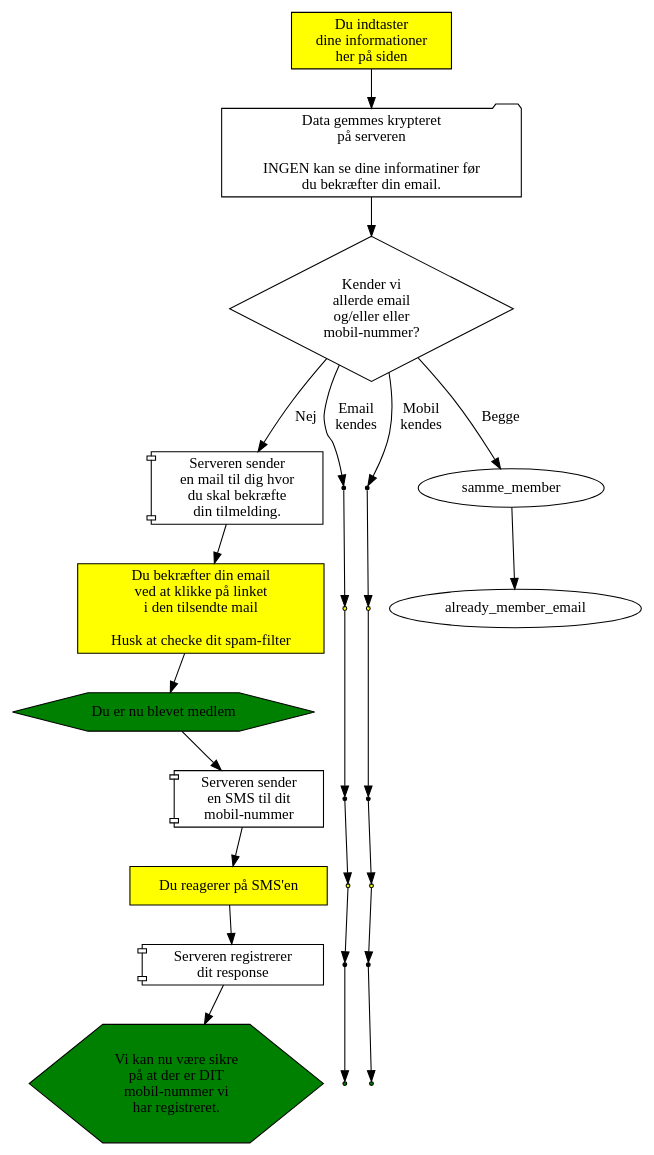
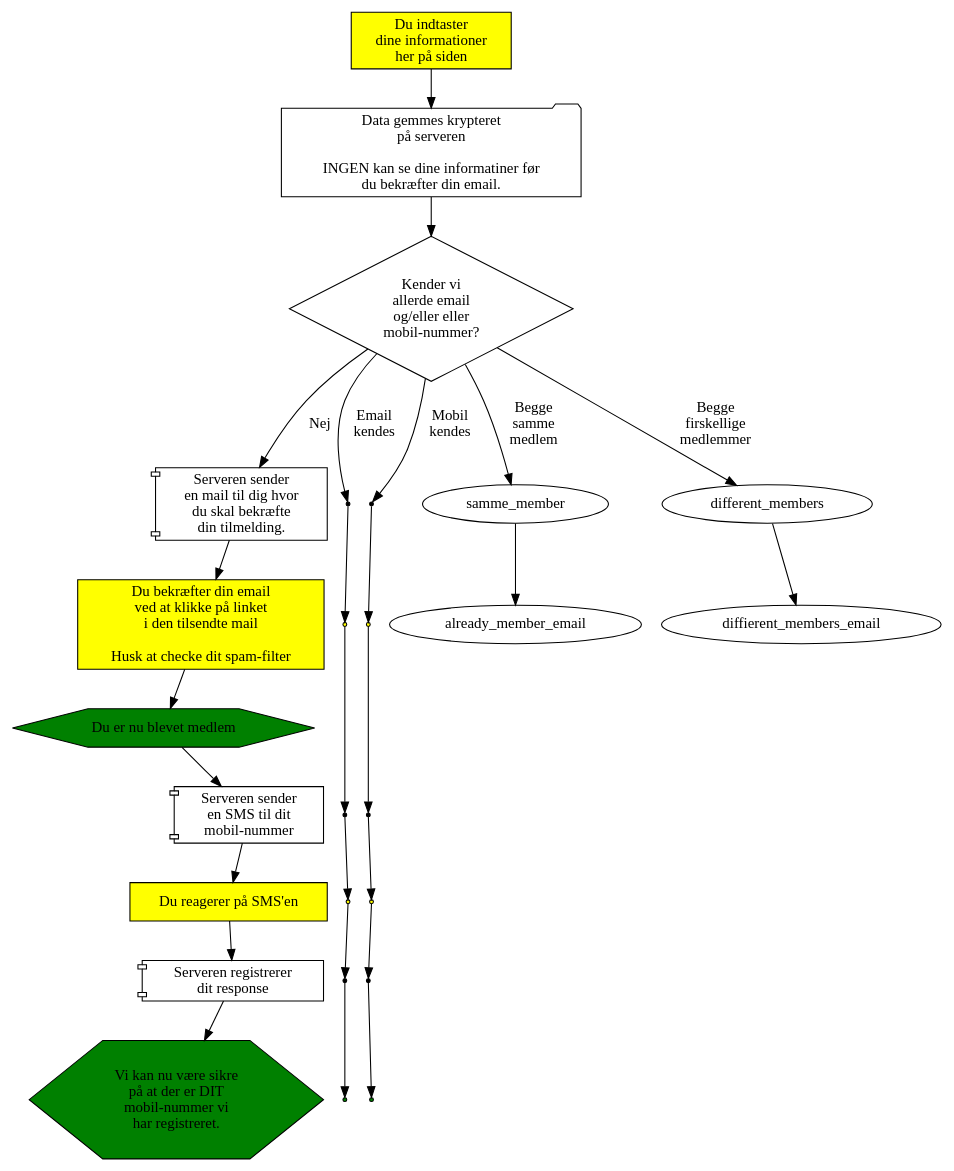
One commit to alslug/alslug.dk changed the diagram in medlemskab/indmeldelse.dot. Above: the diagram before and after it, drawn with Graphviz.

```diff
--- a/medlemskab/indmeldelse.dot
+++ b/medlemskab/indmeldelse.dot
@@ -1,69 +1,71 @@
 digraph indmeldelse {
   { # Dine handlinger
     node [ shape=box style=filled fillcolor=yellow ];
     indtast                [label="Du indtaster\ndine informationer\nher på siden"];
     subgraph cluster_server_sender_email {
       style=invis;
       node                 [label="Du bekræfter din email\nved at klikke på linket\ni den tilsendte mail\n\nHusk at checke dit spam-filter"];
       confirm_email_nyt_medlem;
-      confirm_email_add_email [shape=point];
-      confirm_email_add_mobil [shape=point];
+      confirm_email_email_known [shape=point];
+      confirm_email_mobil_known [shape=point];
     }
     subgraph cluster_server_sender_sms {
       style=invis;
       node                 [label="Du reagerer på SMS'en"];
       confirm_sms_nyt_medlem;
-      confirm_sms_add_email [shape=point];
-      confirm_sms_add_mobil [shape=point];
+      confirm_sms_email_known [shape=point];
+      confirm_sms_mobil_known [shape=point];
     }
   }
   send_tilmelding        [shape=folder label="Data gemmes krypteret \n på serveren \n \n INGEN kan se dine informatiner før \n du bekræfter din email."];
   { # Server-aktiviteter
     node [shape=component];
     subgraph cluster_server_sender_email {
       style=invis;
       node                 [label="Serveren sender \n en mail til dig hvor \n du skal bekræfte \n din tilmelding."];
       server_sender_emai_nyt_medlem;
-      server_sender_email_add_email [shape=point];
-      server_sender_email_add_mobil [shape=point];
+      server_sender_email_email_known [shape=point];
+      server_sender_email_mobil_known [shape=point];
     }
     subgraph cluster_server_sender_sms {
       style=invis;
       node                 [label="Serveren sender \n en SMS til dit \n mobil-nummer"];
       server_sender_sms_nyt_medlem;
-      server_sender_sms_add_email [shape=point];
-      server_sender_sms_add_mobil [shape=point];
+      server_sender_sms_email_known [shape=point];
+      server_sender_sms_mobil_known [shape=point];
     }
     subgraph cluster_sms_confirmed {
       style=invis;
       node                 [label="Serveren registrerer \n dit response"];
       sms_confirmed_nyt_medlem;
-      sms_confirmed_add_email [shape=point];
-      sms_confirmed_add_mobil [shape=point];
+      sms_confirmed_email_known [shape=point];
+      sms_confirmed_mobil_known [shape=point];
     }
   }
   { # Results
     node [shape=hexagon   style=filled fillcolor=green ];
     du_biver_medlem        [label="Du er nu blevet medlem"];
     mobile_ok              [label="Vi kan nu være sikre \n på at der er DIT \n mobil-nummer vi \n har registreret."]; 
     email_added            [label="Den nye \n ekstra email er \n registreret." shape=point];
     mobil_added            [label="Dit nye \n mobil-nummer er \n registreret." shape=point]; 
   }
   { # Valg
     node [shape=diamond];
     findes_allerede        [label="Kender vi \n allerde email \n og/eller eller \n mobil-nummer?"];
   }
 
   indtast -> send_tilmelding -> findes_allerede;
-                                findes_allerede -> server_sender_emai_nyt_medlem [label="Nej"];
+                                findes_allerede -> server_sender_emai_nyt_medlem   [label="Nej"];
                                                    server_sender_emai_nyt_medlem -> confirm_email_nyt_medlem -> du_biver_medlem ->
                                                    server_sender_sms_nyt_medlem  -> confirm_sms_nyt_medlem   -> sms_confirmed_nyt_medlem -> mobile_ok;
-                                findes_allerede -> server_sender_email_add_email [label="Email \n kendes"];
-                                                   server_sender_email_add_email -> confirm_email_add_email  ->
-                                                   server_sender_sms_add_email   -> confirm_sms_add_email    -> sms_confirmed_add_email -> email_added;
-                                findes_allerede -> server_sender_email_add_mobil [label="Mobil \n kendes"];
-                                                   server_sender_email_add_mobil -> confirm_email_add_mobil  ->
-                                                   server_sender_sms_add_mobil   -> confirm_sms_add_mobil    -> sms_confirmed_add_mobil -> mobil_added;
-                                findes_allerede-> samme_member                   [label="Begge"];
-                                                  samme_member -> already_member_email;
+                                findes_allerede -> server_sender_email_email_known [label="Email \n kendes"];
+                                                   server_sender_email_email_known -> confirm_email_email_known  ->
+                                                   server_sender_sms_email_known   -> confirm_sms_email_known    -> sms_confirmed_email_known -> mobil_added;
+                                findes_allerede -> server_sender_email_mobil_known [label="Mobil \n kendes"];
+                                                   server_sender_email_mobil_known -> confirm_email_mobil_known  ->
+                                                   server_sender_sms_mobil_known   -> confirm_sms_mobil_known    -> sms_confirmed_mobil_known -> email_added;
+                                findes_allerede-> samme_member                     [label="Begge \n samme \n medlem"];
+                                                  samme_member      -> already_member_email;
+                                findes_allerede-> different_members                [label="Begge \n firskellige \n medlemmer"];
+                                                  different_members -> diffierent_members_email;
 }
```
